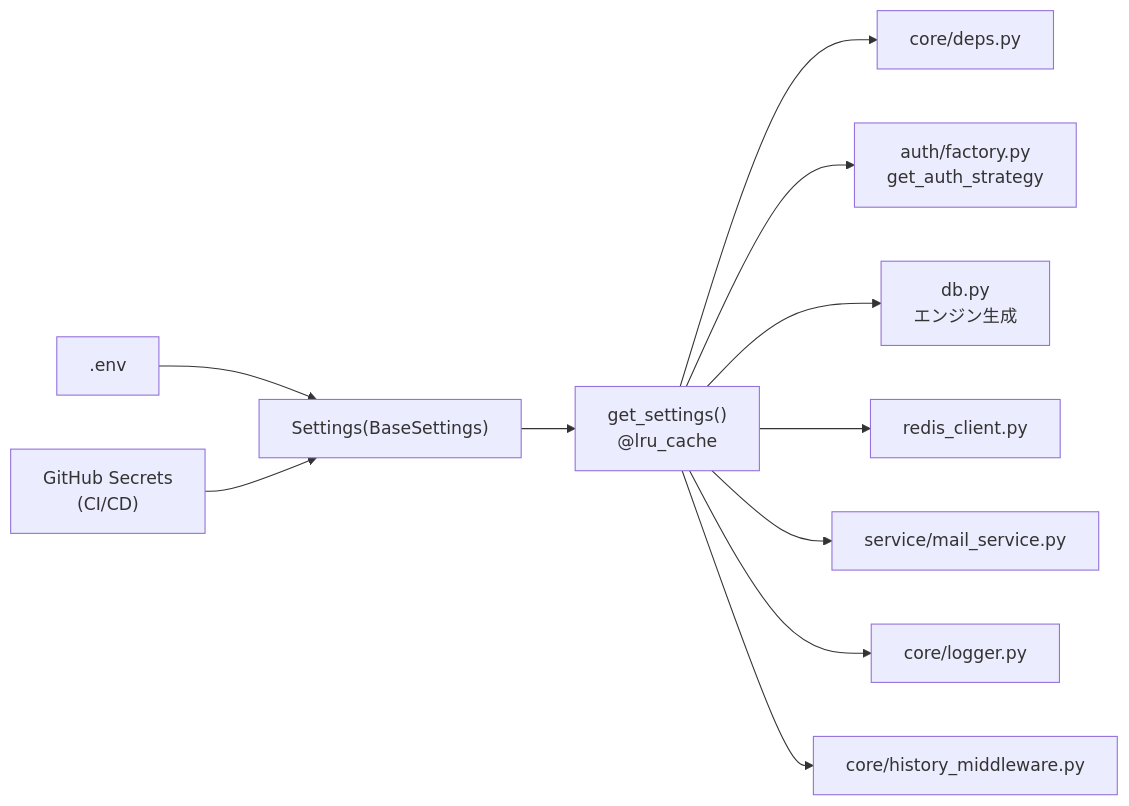
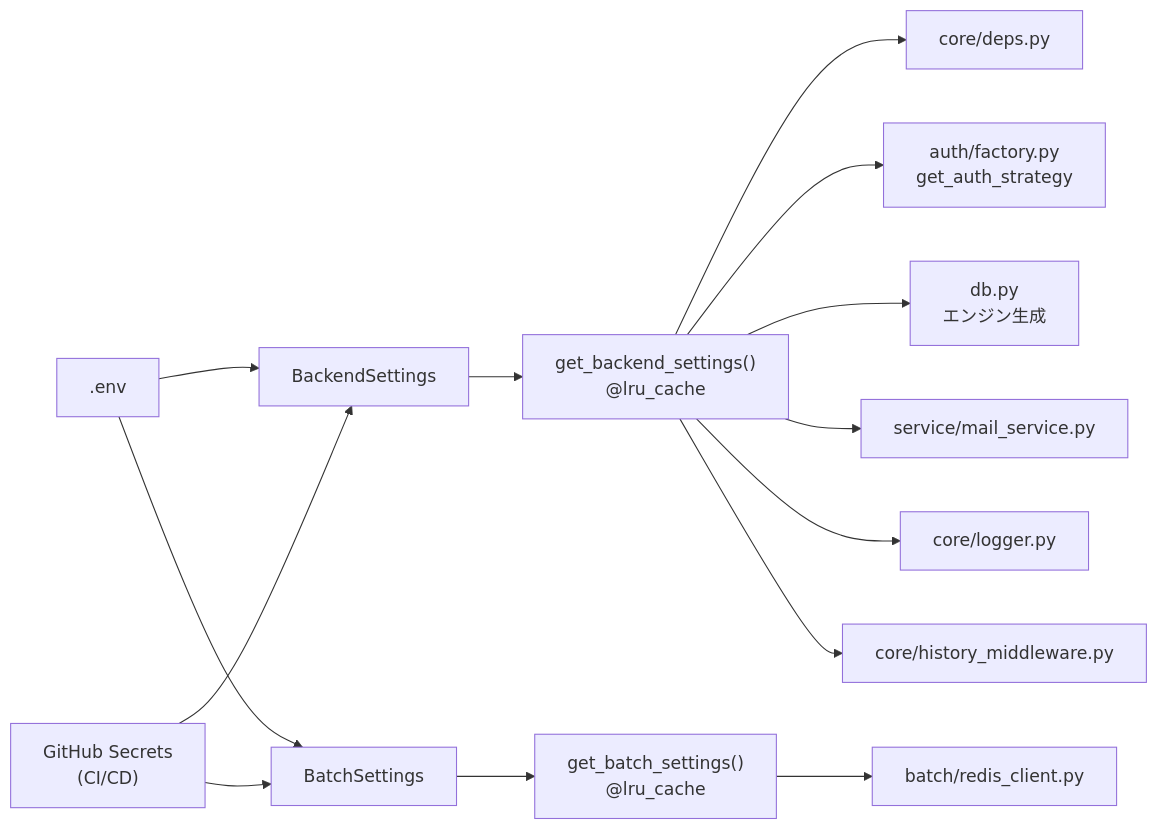
Before and after one commit to oikawa-d/task_management: the third of 3 diagrams in detailed_design/infra/04_env_config.md, drawn with Mermaid. The commit also changed other lines of this file and 19 other files, not shown here.

````diff
--- a/detailed_design/infra/04_env_config.md
+++ b/detailed_design/infra/04_env_config.md
@@ -248,13 +269,16 @@
 ```mermaid
 flowchart LR
-    ENVFILE[".env"] --> SETTINGS["Settings(BaseSettings)"]
-    SECRETS["GitHub Secrets<br/>(CI/CD)"] --> SETTINGS
-    SETTINGS --> GETSETTINGS["get_settings()<br/>@lru_cache"]
-    GETSETTINGS --> DEPS["core/deps.py"]
-    GETSETTINGS --> FACTORY["auth/factory.py<br/>get_auth_strategy"]
-    GETSETTINGS --> DB["db.py<br/>エンジン生成"]
-    GETSETTINGS --> REDISCLIENT["redis_client.py"]
-    GETSETTINGS --> MAILSVC["service/mail_service.py"]
-    GETSETTINGS --> LOGGER["core/logger.py"]
-    GETSETTINGS --> HISTORY["core/history_middleware.py"]
+    ENVFILE[".env"] --> BACKEND["BackendSettings"]
+    ENVFILE --> BATCH["BatchSettings"]
+    SECRETS["GitHub Secrets<br/>(CI/CD)"] --> BACKEND
+    SECRETS --> BATCH
+    BACKEND --> GETBACKEND["get_backend_settings()<br/>@lru_cache"]
+    BATCH --> GETBATCH["get_batch_settings()<br/>@lru_cache"]
+    GETBACKEND --> DEPS["core/deps.py"]
+    GETBACKEND --> FACTORY["auth/factory.py<br/>get_auth_strategy"]
+    GETBACKEND --> DB["db.py<br/>エンジン生成"]
+    GETBATCH --> REDISCLIENT["batch/redis_client.py"]
+    GETBACKEND --> MAILSVC["service/mail_service.py"]
+    GETBACKEND --> LOGGER["core/logger.py"]
+    GETBACKEND --> HISTORY["core/history_middleware.py"]
 ```
````
